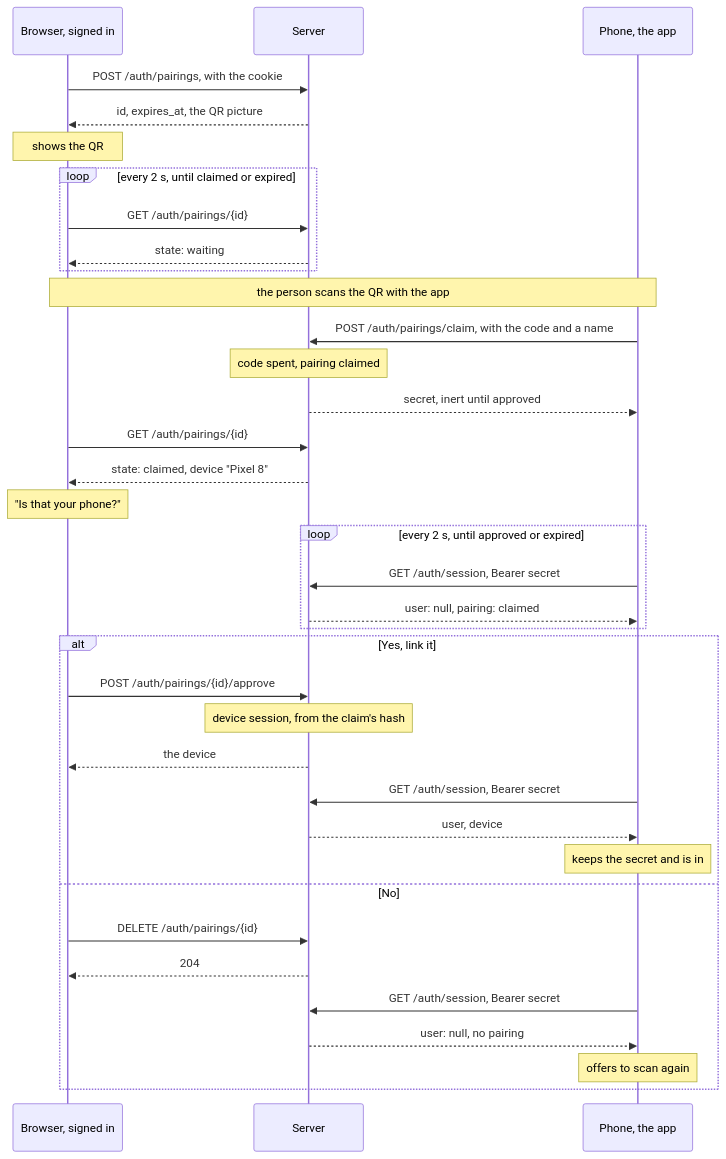
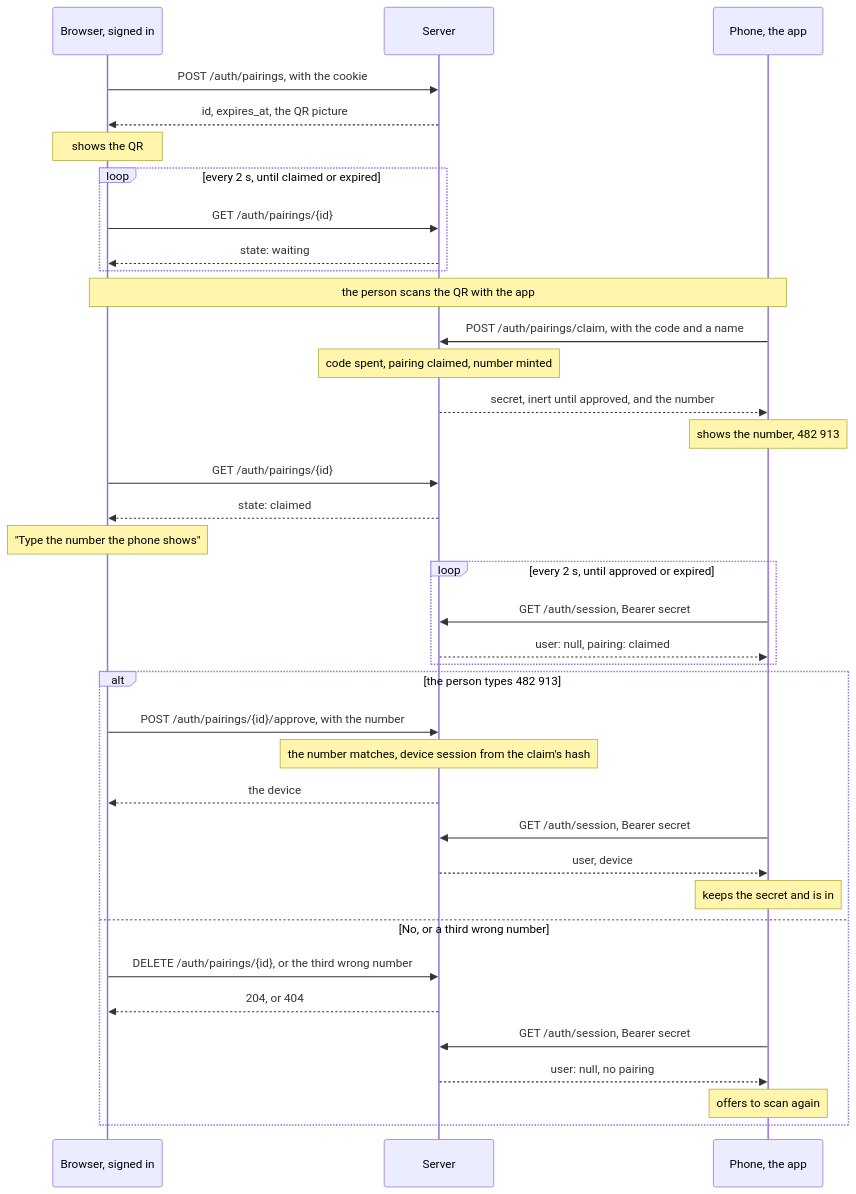
Before and after one commit to the-guish/robinauts: the diagram in docs/architecture/device-pairing.md, drawn with Mermaid. The commit also changed other lines of this file, not shown here.

First line of the commit message:
docs: number matching in device pairing

````diff
--- a/docs/architecture/device-pairing.md
+++ b/docs/architecture/device-pairing.md
@@ -50,39 +57,40 @@
 ```mermaid
 sequenceDiagram
     participant B as Browser, signed in
     participant S as Server
     participant P as Phone, the app
 
     B->>S: POST /auth/pairings, with the cookie
     S-->>B: id, expires_at, the QR picture
     Note over B: shows the QR
     loop every 2 s, until claimed or expired
         B->>S: GET /auth/pairings/{id}
         S-->>B: state: waiting
     end
     Note over B,P: the person scans the QR with the app
     P->>S: POST /auth/pairings/claim, with the code and a name
-    Note over S: code spent, pairing claimed
-    S-->>P: secret, inert until approved
+    Note over S: code spent, pairing claimed, number minted
+    S-->>P: secret, inert until approved, and the number
+    Note over P: shows the number, 482 913
     B->>S: GET /auth/pairings/{id}
-    S-->>B: state: claimed, device "Pixel 8"
-    Note over B: "Is that your phone?"
+    S-->>B: state: claimed
+    Note over B: "Type the number the phone shows"
     loop every 2 s, until approved or expired
         P->>S: GET /auth/session, Bearer secret
         S-->>P: user: null, pairing: claimed
     end
-    alt Yes, link it
-        B->>S: POST /auth/pairings/{id}/approve
-        Note over S: device session, from the claim's hash
+    alt the person types 482 913
+        B->>S: POST /auth/pairings/{id}/approve, with the number
+        Note over S: the number matches, device session from the claim's hash
         S-->>B: the device
         P->>S: GET /auth/session, Bearer secret
         S-->>P: user, device
         Note over P: keeps the secret and is in
-    else No
-        B->>S: DELETE /auth/pairings/{id}
-        S-->>B: 204
+    else No, or a third wrong number
+        B->>S: DELETE /auth/pairings/{id}, or the third wrong number
+        S-->>B: 204, or 404
         P->>S: GET /auth/session, Bearer secret
         S-->>P: user: null, no pairing
         Note over P: offers to scan again
     end
 ```
````
